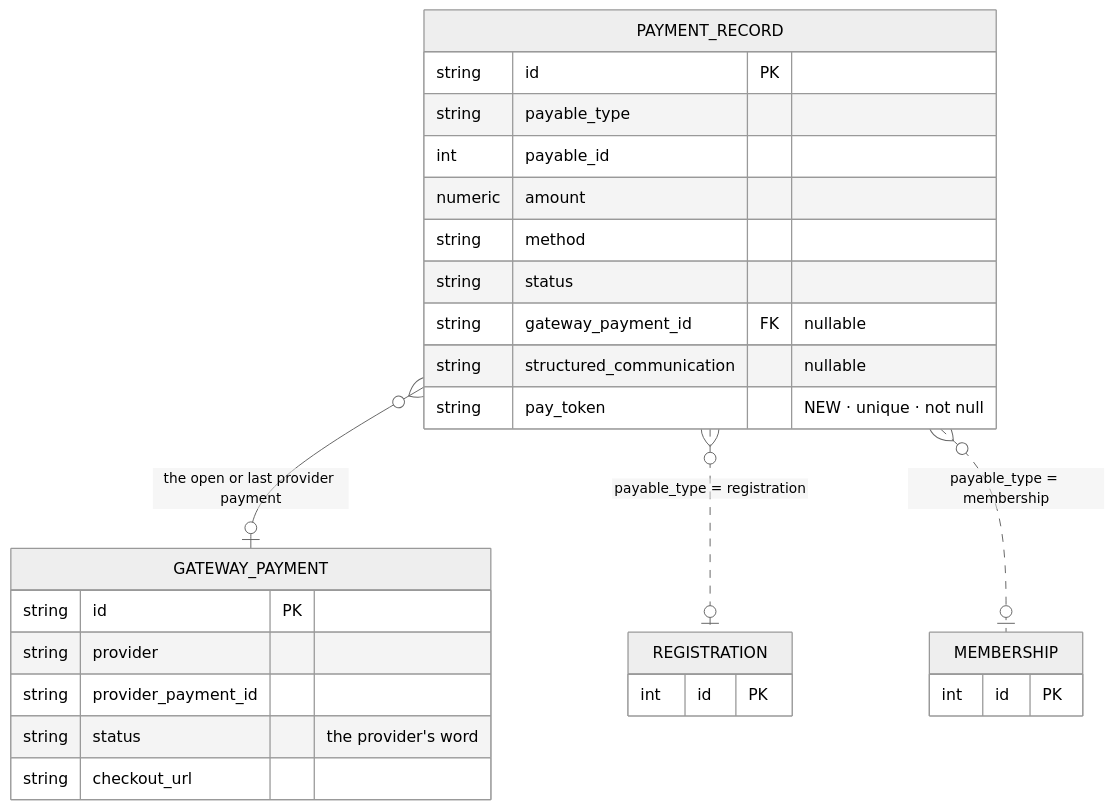
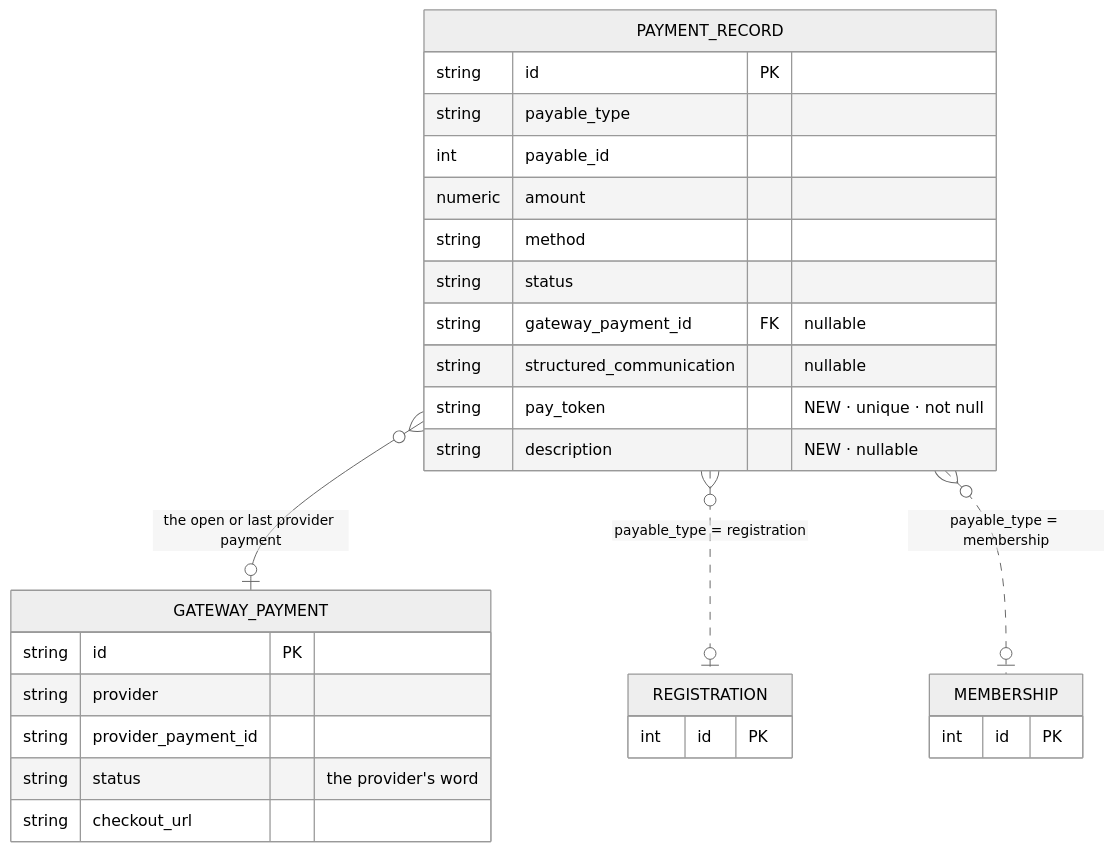
Before and after one commit to KoenRenders/KoenTest: the fifth of 5 diagrams in docs/change_request_31_checkout_in_two_steps.md, drawn with Mermaid (neutral theme). The commit also changed other lines of this file, not shown here.

````diff
--- a/docs/change_request_31_checkout_in_two_steps.md
+++ b/docs/change_request_31_checkout_in_two_steps.md
@@ -288,30 +289,31 @@
 ```mermaid
 erDiagram
   PAYMENT_RECORD {
     string id PK
     string payable_type
     int payable_id
     numeric amount
     string method
     string status
     string gateway_payment_id FK "nullable"
     string structured_communication "nullable"
     string pay_token "NEW · unique · not null"
+    string description "NEW · nullable"
   }
   GATEWAY_PAYMENT {
     string id PK
     string provider
     string provider_payment_id
     string status "the provider's word"
     string checkout_url
   }
   REGISTRATION {
     int id PK
   }
   MEMBERSHIP {
     int id PK
   }
   PAYMENT_RECORD }o--o| GATEWAY_PAYMENT : "the open or last provider payment"
   PAYMENT_RECORD }o..o| REGISTRATION : "payable_type = registration"
   PAYMENT_RECORD }o..o| MEMBERSHIP : "payable_type = membership"
 ```
````
